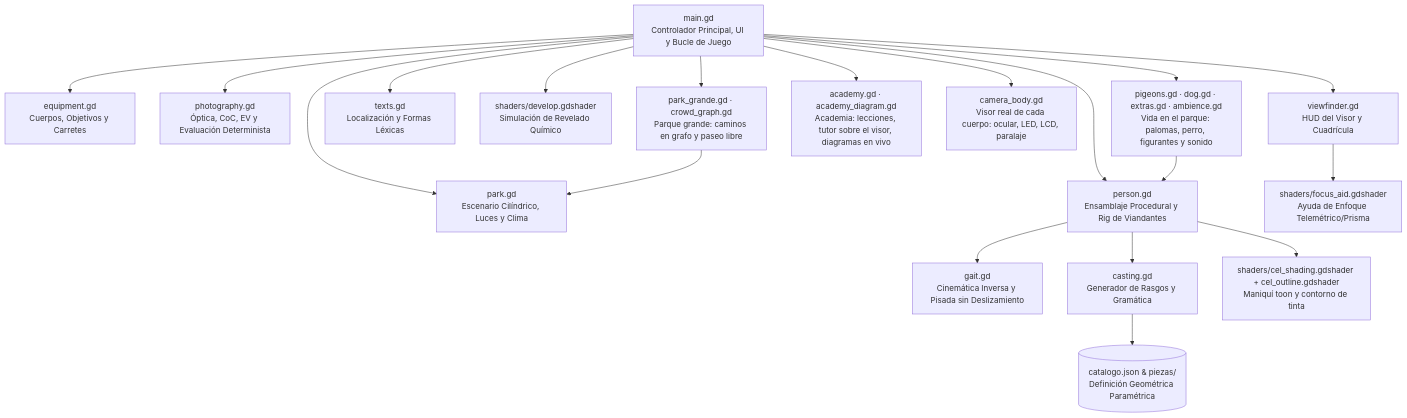
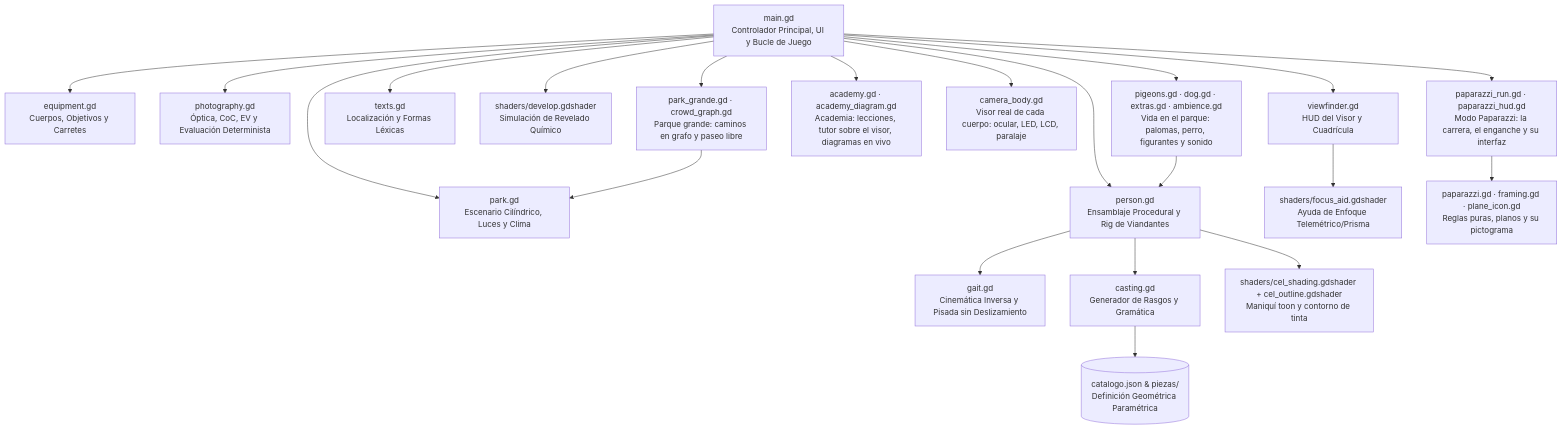
The first of 2 diagrams in docs/ARQUITECTURA.md (Ganso/proyecto-paparazzi), drawn with Mermaid before and after one commit. The commit also changed other lines of this file and 35 other files, not shown here.

````diff
--- a/docs/ARQUITECTURA.md
+++ b/docs/ARQUITECTURA.md
@@ -23,23 +23,25 @@
 ```mermaid
 graph TD
     A[main.gd<br/>Controlador Principal, UI y Bucle de Juego] --> B[park.gd<br/>Escenario Cilíndrico, Luces y Clima]
     A --> C[person.gd<br/>Ensamblaje Procedural y Rig de Viandantes]
     A --> D[equipment.gd<br/>Cuerpos, Objetivos y Carretes]
     A --> E[photography.gd<br/>Óptica, CoC, EV y Evaluación Determinista]
     A --> F[viewfinder.gd<br/>HUD del Visor y Cuadrícula]
     A --> G[texts.gd<br/>Localización y Formas Léxicas]
 
     C --> H[gait.gd<br/>Cinemática Inversa y Pisada sin Deslizamiento]
     C --> I[casting.gd<br/>Generador de Rasgos y Gramática]
     I --> J[(catalogo.json & piezas/<br/>Definición Geométrica Paramétrica)]
 
     A --> K[shaders/develop.gdshader<br/>Simulación de Revelado Químico]
     F --> L[shaders/focus_aid.gdshader<br/>Ayuda de Enfoque Telemétrico/Prisma]
     C --> M[shaders/cel_shading.gdshader + cel_outline.gdshader<br/>Maniquí toon y contorno de tinta]
     A --> N[pigeons.gd · dog.gd · extras.gd · ambience.gd<br/>Vida en el parque: palomas, perro, figurantes y sonido]
     A --> O[academy.gd · academy_diagram.gd<br/>Academia: lecciones, tutor sobre el visor, diagramas en vivo]
     A --> P[camera_body.gd<br/>Visor real de cada cuerpo: ocular, LED, LCD, paralaje]
     A --> Q[park_grande.gd · crowd_graph.gd<br/>Parque grande: caminos en grafo y paseo libre]
+    A --> R[paparazzi_run.gd · paparazzi_hud.gd<br/>Modo Paparazzi: la carrera, el enganche y su interfaz]
+    R --> S[paparazzi.gd · framing.gd · plane_icon.gd<br/>Reglas puras, planos y su pictograma]
     Q --> B
     N --> C
 ```
````
